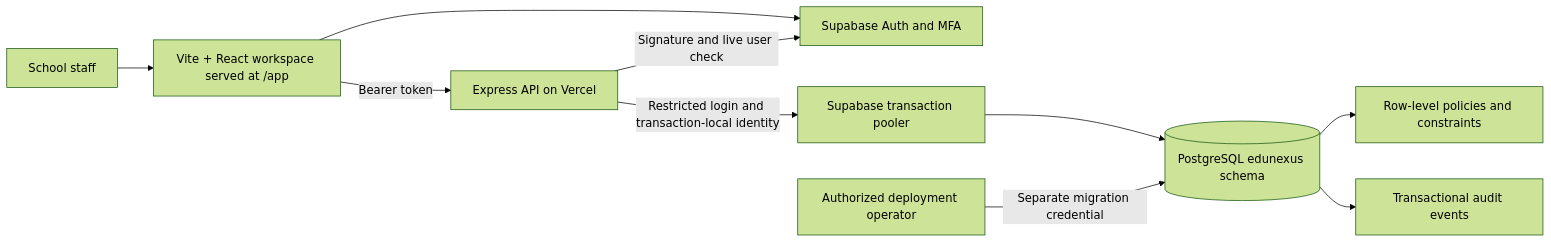
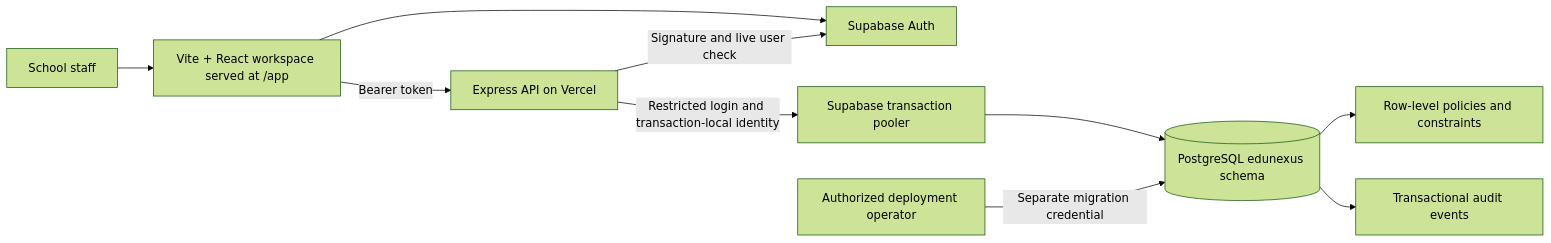
The first of 2 diagrams in docs/architecture.md (dayannnnn015/demo), drawn with Mermaid (forest theme) before and after one commit. The commit also changed other lines of this file and 50 other files, not shown here.

````diff
--- a/docs/architecture.md
+++ b/docs/architecture.md
@@ -5,12 +5,12 @@
 ```mermaid
 flowchart LR
   Staff[School staff] --> UI[Vite + React workspace served at /app]
-  UI --> Auth[Supabase Auth and MFA]
+  UI --> Auth[Supabase Auth]
   UI -->|Bearer token| API[Express API on Vercel]
   API -->|Signature and live user check| Auth
   API -->|Restricted login and transaction-local identity| Pool[Supabase transaction pooler]
   Pool --> DB[(PostgreSQL edunexus schema)]
   DB --> RLS[Row-level policies and constraints]
   DB --> Audit[Transactional audit events]
   Operator[Authorized deployment operator] -->|Separate migration credential| DB
 ```
````
